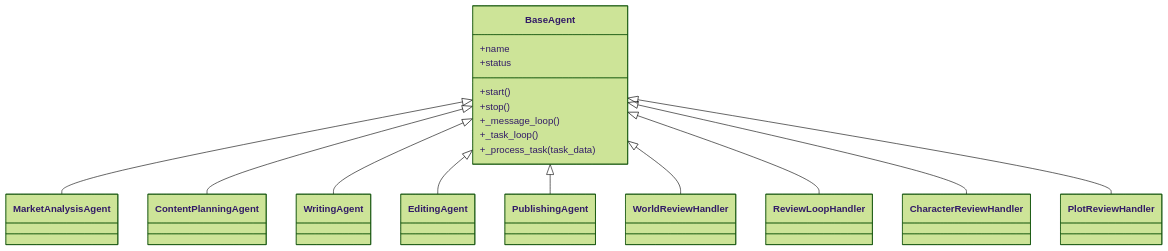
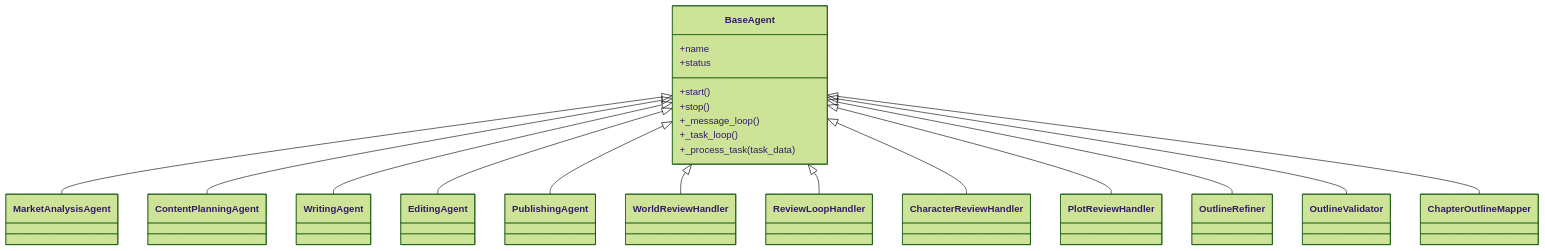
One commit to xfbyxq/ai-novel-system changed diagram 13 of 16 in .qoder/repowiki/zh/content/AI智能体系统/AI智能体系统.md. Above: the diagram before and after it, drawn with Mermaid (forest theme). The commit also changed other lines of this file and 6 other files, not shown here.

First line of the commit message:
feat(architecture): 完善智能体系统核心组件与架构文档

````diff
--- a/.qoder/repowiki/zh/content/AI智能体系统/AI智能体系统.md
+++ b/.qoder/repowiki/zh/content/AI智能体系统/AI智能体系统.md
@@ -669,30 +904,36 @@
 ```mermaid
 classDiagram
 class BaseAgent {
 +name
 +status
 +start()
 +stop()
 +_message_loop()
 +_task_loop()
 +_process_task(task_data)
 }
 class MarketAnalysisAgent
 class ContentPlanningAgent
 class WritingAgent
 class EditingAgent
 class PublishingAgent
 class WorldReviewHandler
 class ReviewLoopHandler
 class CharacterReviewHandler
 class PlotReviewHandler
+class OutlineRefiner
+class OutlineValidator
+class ChapterOutlineMapper
 BaseAgent <|-- MarketAnalysisAgent
 BaseAgent <|-- ContentPlanningAgent
 BaseAgent <|-- WritingAgent
 BaseAgent <|-- EditingAgent
 BaseAgent <|-- PublishingAgent
 BaseAgent <|-- WorldReviewHandler
 BaseAgent <|-- ReviewLoopHandler
 BaseAgent <|-- CharacterReviewHandler
 BaseAgent <|-- PlotReviewHandler
+BaseAgent <|-- OutlineRefiner
+BaseAgent <|-- OutlineValidator
+BaseAgent <|-- ChapterOutlineMapper
 ```
````
